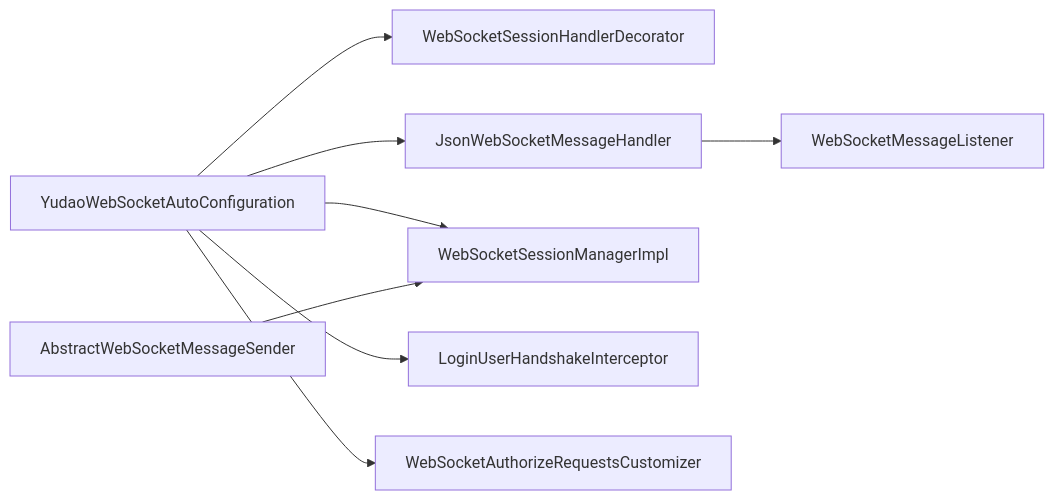
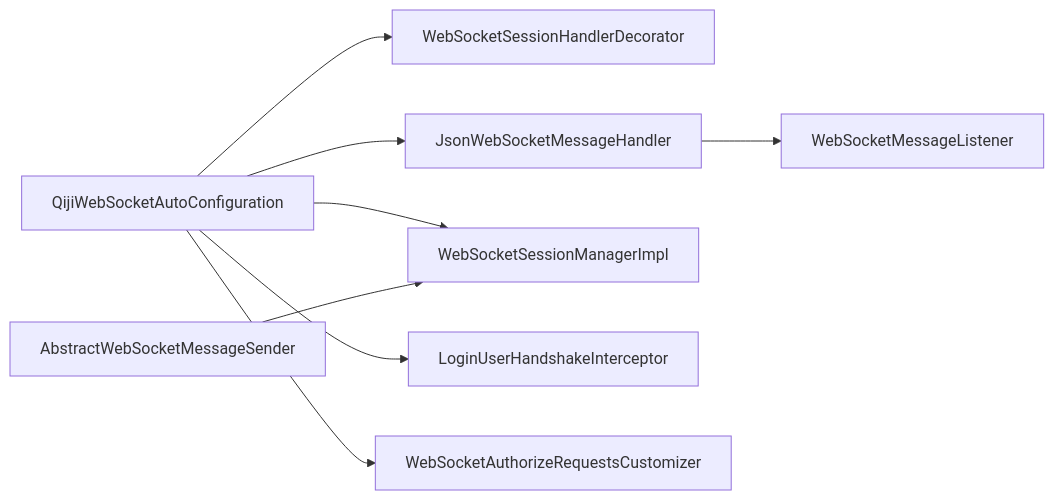
One commit to zhuangpengLI/AgenticCPS changed the seventh of 7 diagrams in backend/.qoder/repowiki/zh/content/核心业务模块/基础设施模块/WebSocket通信.md. Above: the diagram before and after it, drawn with Mermaid. The commit also changed other lines of this file and 3489 other files, not shown here.

````diff
--- a/backend/.qoder/repowiki/zh/content/核心业务模块/基础设施模块/WebSocket通信.md
+++ b/backend/.qoder/repowiki/zh/content/核心业务模块/基础设施模块/WebSocket通信.md
@@ -311,10 +311,10 @@
 ```mermaid
 graph LR
-A[YudaoWebSocketAutoConfiguration] --> B[WebSocketSessionHandlerDecorator]
+A[QijiWebSocketAutoConfiguration] --> B[WebSocketSessionHandlerDecorator]
 A --> C[JsonWebSocketMessageHandler]
 A --> D[WebSocketSessionManagerImpl]
 A --> E[LoginUserHandshakeInterceptor]
 A --> F[WebSocketAuthorizeRequestsCustomizer]
 C --> G[WebSocketMessageListener]
 H[AbstractWebSocketMessageSender] --> D
 ```
````
